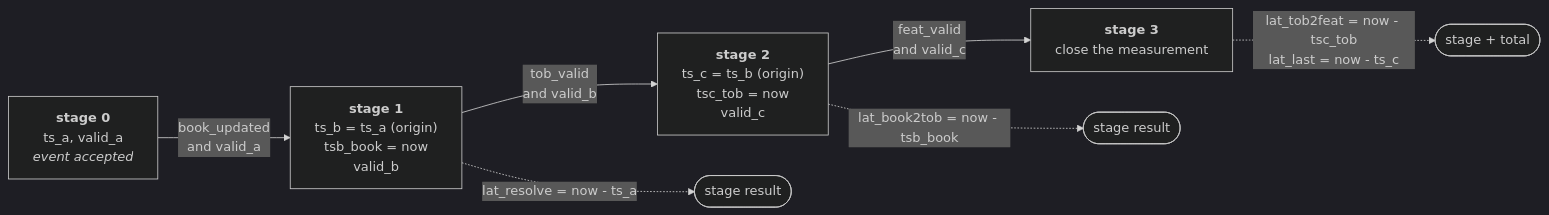
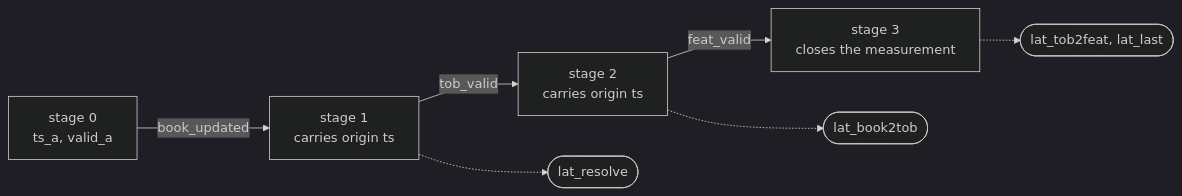
The third of 6 diagrams in docs/diagrams/latency_probe.md (Rushmello369/fpga-feed-handler), drawn with Mermaid (dark theme) before and after one commit. The commit also changed other lines of this file and 12 other files, not shown here.

Commit message:
add diagrams for system and module architectures

````diff
--- a/docs/diagrams/latency_probe.md
+++ b/docs/diagrams/latency_probe.md
@@ -66,15 +50,9 @@
 ```mermaid
 flowchart LR
-    S0["<b>stage 0</b><br/>ts_a, valid_a<br/><i>event accepted</i>"]
-    S1["<b>stage 1</b><br/>ts_b = ts_a (origin)<br/>tsb_book = now<br/>valid_b"]
-    S2["<b>stage 2</b><br/>ts_c = ts_b (origin)<br/>tsc_tob = now<br/>valid_c"]
-    S3["<b>stage 3</b><br/>close the measurement"]
-
-    S0 -->|"book_updated<br/>and valid_a"| S1
-    S1 -->|"tob_valid<br/>and valid_b"| S2
-    S2 -->|"feat_valid<br/>and valid_c"| S3
-
-    S1 -.->|"lat_resolve = now - ts_a"| R1(["stage result"])
-    S2 -.->|"lat_book2tob = now - tsb_book"| R2(["stage result"])
-    S3 -.->|"lat_tob2feat = now - tsc_tob<br/>lat_last = now - ts_c"| R3(["stage + total"])
+    S0[stage 0<br/>ts_a, valid_a] -->|book_updated| S1[stage 1<br/>carries origin ts]
+    S1 -->|tob_valid| S2[stage 2<br/>carries origin ts]
+    S2 -->|feat_valid| S3[stage 3<br/>closes the measurement]
+    S1 -.-> R1([lat_resolve])
+    S2 -.-> R2([lat_book2tob])
+    S3 -.-> R3([lat_tob2feat, lat_last])
 ```
````
